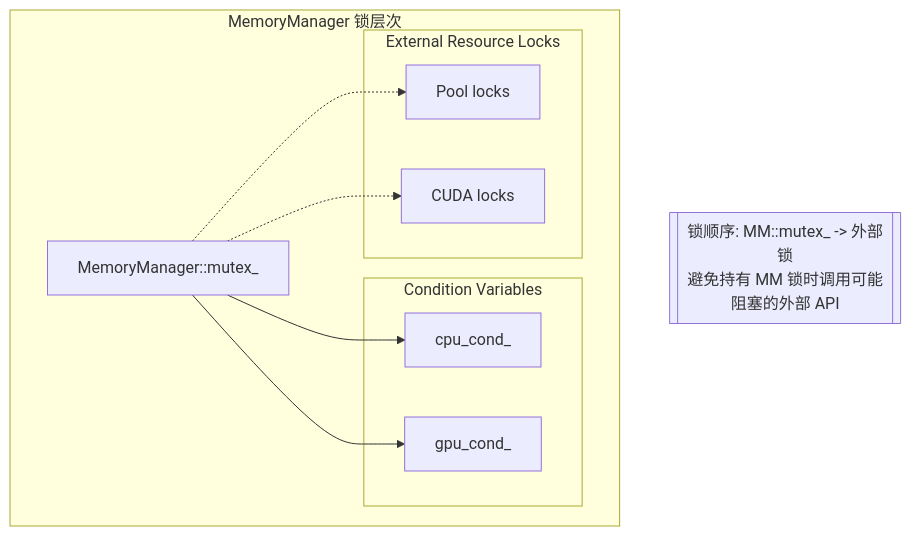
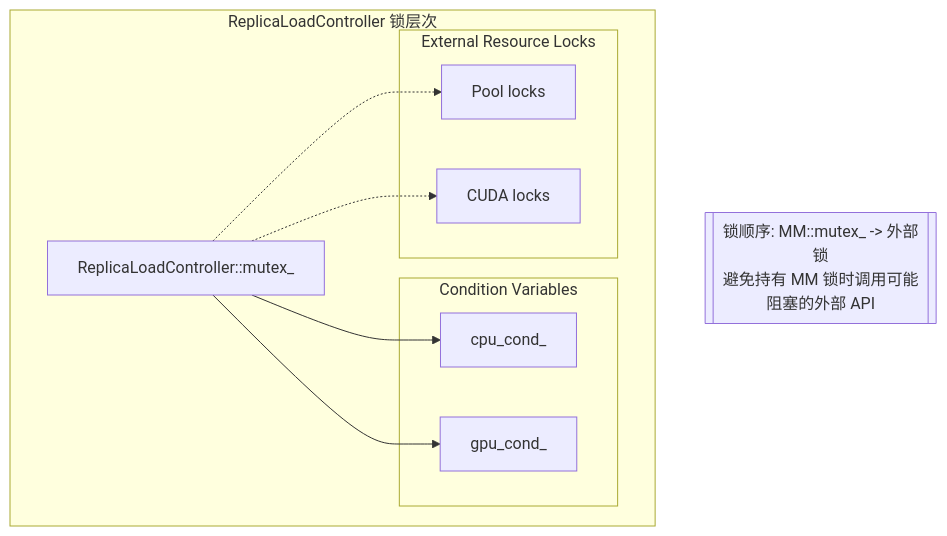
One commit to tensorcast-ai/tensorcast changed the seventh of 7 diagrams in core/store/docs/state-management.md. Above: the diagram before and after it, drawn with Mermaid. The commit also changed other lines of this file and 155 other files, not shown here.

````diff
--- a/core/store/docs/state-management.md
+++ b/core/store/docs/state-management.md
@@ -226,23 +226,23 @@
 ```mermaid
 graph TB
-    subgraph "MemoryManager 锁层次"
-        MM[MemoryManager::mutex_]
+    subgraph "ReplicaLoadController 锁层次"
+        MM[ReplicaLoadController::mutex_]
 
         subgraph "Condition Variables"
             CC[cpu_cond_]
             GC[gpu_cond_]
         end
 
         subgraph "External Resource Locks"
             PL[Pool locks]
             CL[CUDA locks]
         end
     end
 
     MM --> CC
     MM --> GC
     MM -.-> PL
     MM -.-> CL
 
     note1[["锁顺序: MM::mutex_ -> 外部锁<br/>避免持有 MM 锁时调用可能阻塞的外部 API"]]
 ```
````
